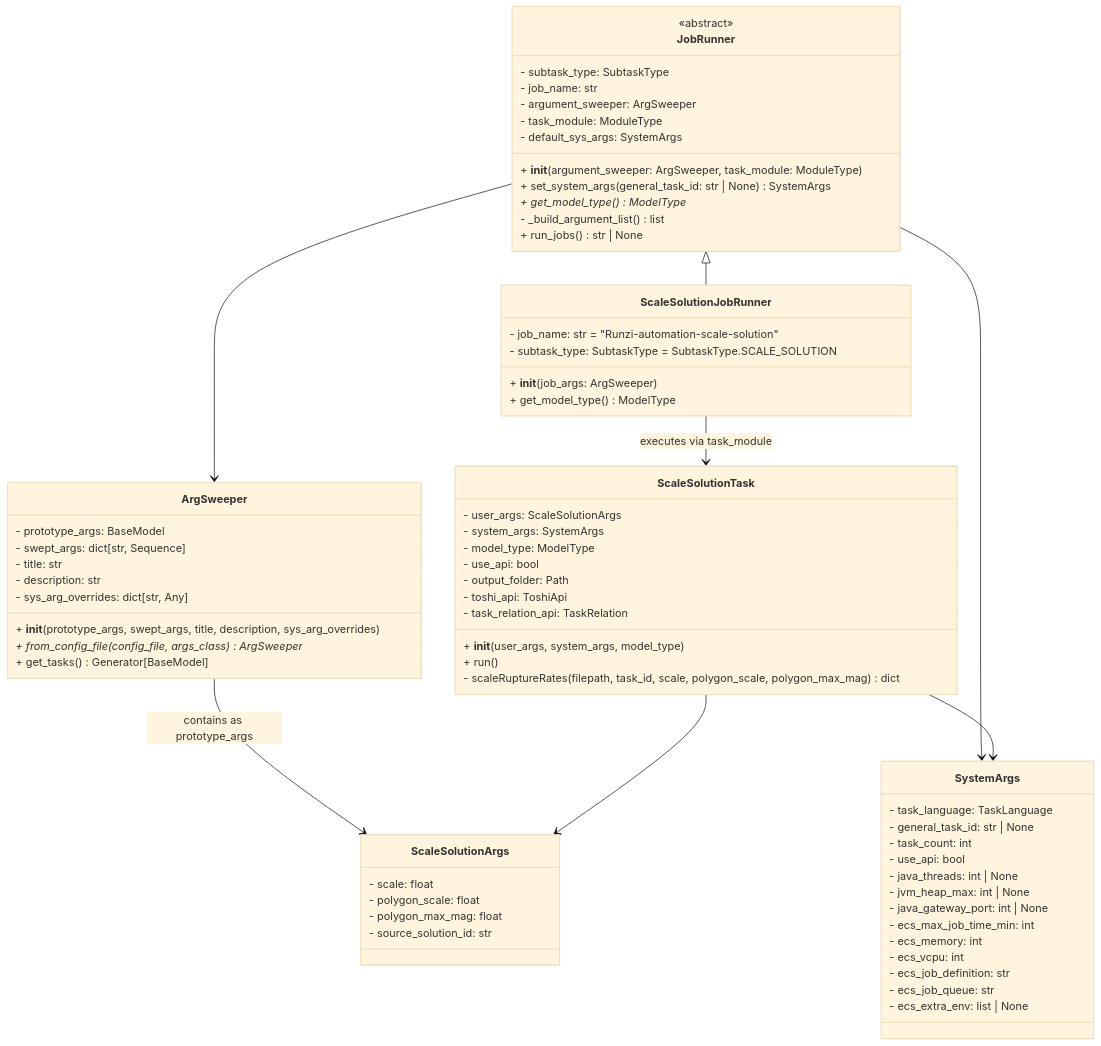
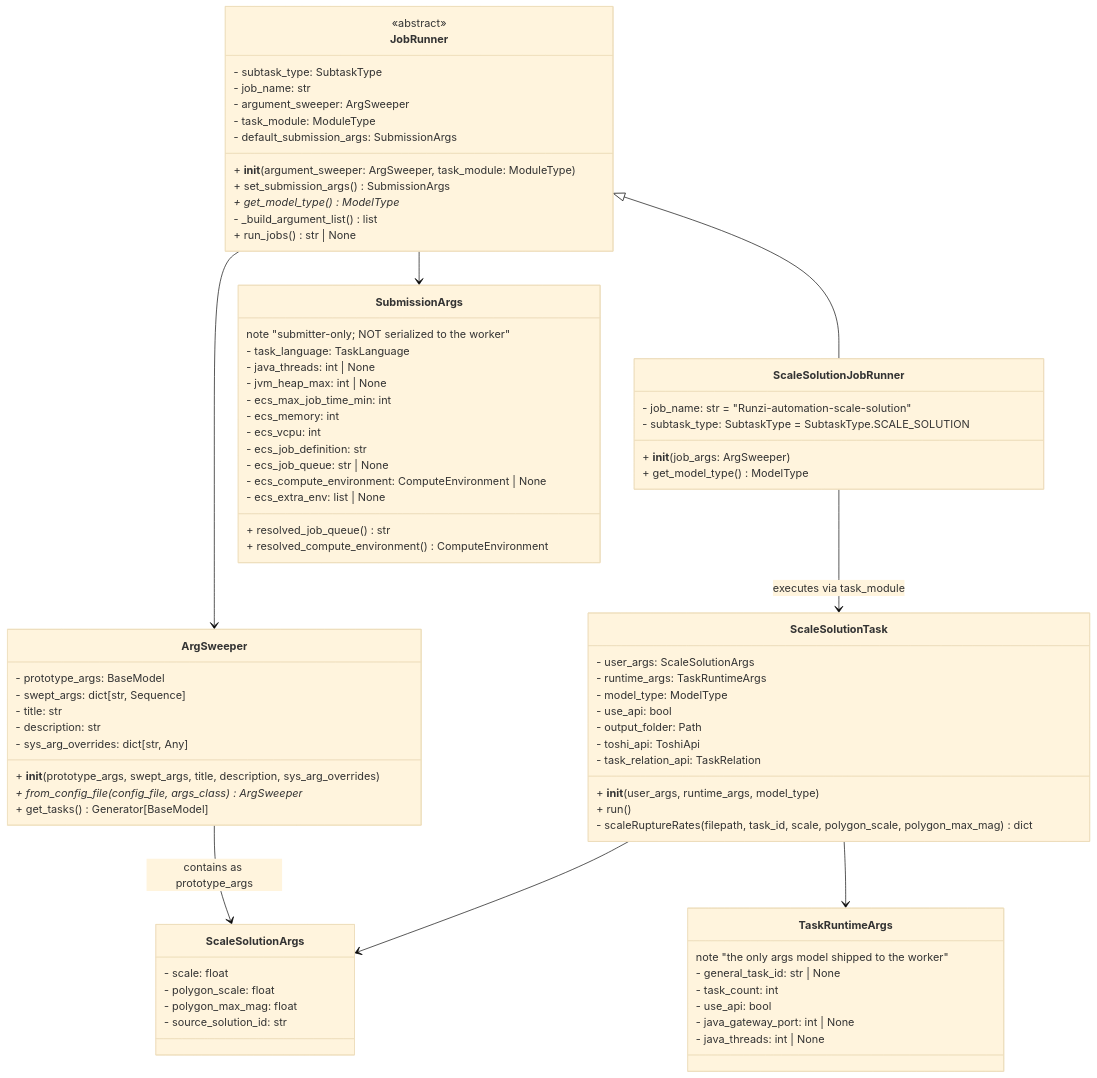
The diagram in docs/architecture/architecture.md (GNS-Science/nzshm-runzi), drawn with Mermaid (base theme) before and after one commit. The commit also changed 43 other files, not shown here.

````diff
--- a/docs/architecture/architecture.md
+++ b/docs/architecture/architecture.md
@@ -7,10 +7,10 @@
         - job_name: str
         - argument_sweeper: ArgSweeper
         - task_module: ModuleType
-        - default_sys_args: SystemArgs
+        - default_submission_args: SubmissionArgs
         
         + __init__(argument_sweeper: ArgSweeper, task_module: ModuleType)
-        + set_system_args(general_task_id: str | None) SystemArgs
+        + set_submission_args() SubmissionArgs
         + get_model_type()* ModelType
         - _build_argument_list() list
         + run_jobs() str | None
@@ -36,20 +36,29 @@
         + get_tasks() Generator[BaseModel]
     }
     
-    class SystemArgs {
+    class SubmissionArgs {
+        note "submitter-only; NOT serialized to the worker"
         - task_language: TaskLanguage
-        - general_task_id: str | None
-        - task_count: int
-        - use_api: bool
         - java_threads: int | None
         - jvm_heap_max: int | None
-        - java_gateway_port: int | None
         - ecs_max_job_time_min: int
         - ecs_memory: int
         - ecs_vcpu: int
         - ecs_job_definition: str
-        - ecs_job_queue: str
+        - ecs_job_queue: str | None
+        - ecs_compute_environment: ComputeEnvironment | None
         - ecs_extra_env: list | None
+        + resolved_job_queue() str
+        + resolved_compute_environment() ComputeEnvironment
+    }
+    
+    class TaskRuntimeArgs {
+        note "the only args model shipped to the worker"
+        - general_task_id: str | None
+        - task_count: int
+        - use_api: bool
+        - java_gateway_port: int | None
+        - java_threads: int | None
     }
     
     class ScaleSolutionArgs {
@@ -61,23 +70,23 @@
     
     class ScaleSolutionTask {
         - user_args: ScaleSolutionArgs
-        - system_args: SystemArgs
+        - runtime_args: TaskRuntimeArgs
         - model_type: ModelType
         - use_api: bool
         - output_folder: Path
         - toshi_api: ToshiApi
         - task_relation_api: TaskRelation
         
-        + __init__(user_args, system_args, model_type)
+        + __init__(user_args, runtime_args, model_type)
         + run()
         - scaleRuptureRates(filepath, task_id, scale, polygon_scale, polygon_max_mag) dict
     }
     
     JobRunner <|-- ScaleSolutionJobRunner
     JobRunner --> ArgSweeper
-    JobRunner --> SystemArgs
+    JobRunner --> SubmissionArgs
     ArgSweeper --> ScaleSolutionArgs : contains as prototype_args
     ScaleSolutionTask --> ScaleSolutionArgs
-    ScaleSolutionTask --> SystemArgs
+    ScaleSolutionTask --> TaskRuntimeArgs
     ScaleSolutionJobRunner --> ScaleSolutionTask : executes via task_module
 ```
````
